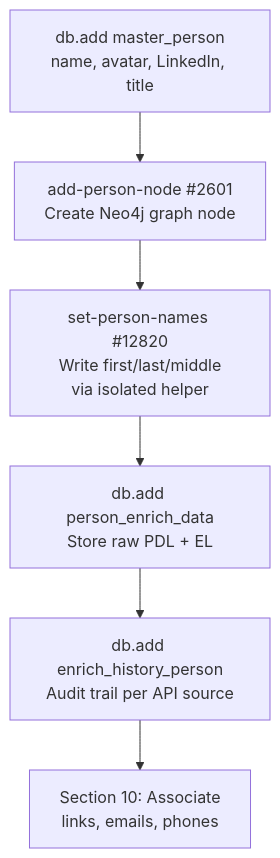
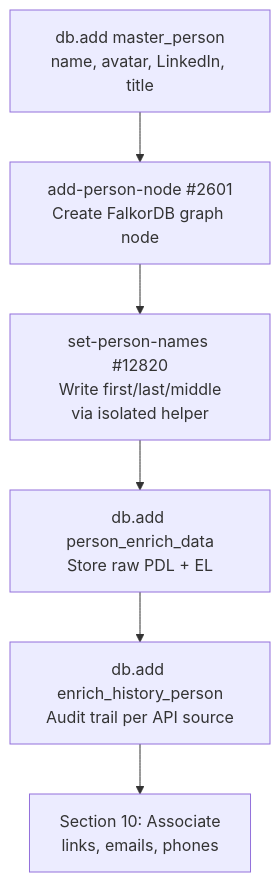
The tenth of 11 diagrams in guides/enrichment/waterfall.mdx (M-Pederson/docs), drawn with Mermaid before and after one commit. The commit also changed other lines of this file, not shown here.

Commit message:
Fix graph database references — Neo4j → FalkorDB

````diff
--- a/guides/enrichment/waterfall.mdx
+++ b/guides/enrichment/waterfall.mdx
@@ -364,8 +364,8 @@
 ```mermaid
 graph TD
-    A["db.add master_person<br/>name, avatar, LinkedIn, title"] --> B["add-person-node #2601<br/>Create Neo4j graph node"]
+    A["db.add master_person<br/>name, avatar, LinkedIn, title"] --> B["add-person-node #2601<br/>Create FalkorDB graph node"]
     B --> C["set-person-names #12820<br/>Write first/last/middle<br/>via isolated helper"]
     C --> D["db.add person_enrich_data<br/>Store raw PDL + EL"]
     D --> E["db.add enrich_history_person<br/>Audit trail per API source"]
     E --> F["Section 10: Associate<br/>links, emails, phones"]
 ```
````
